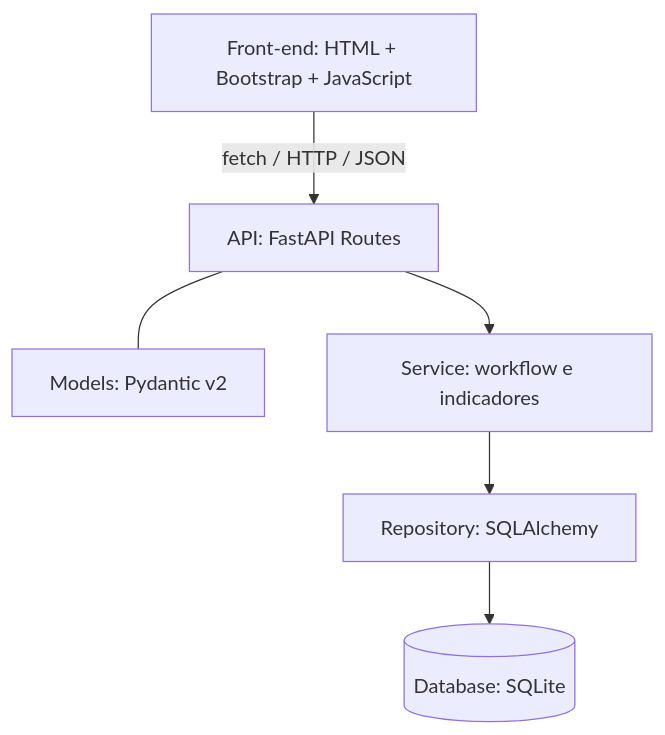
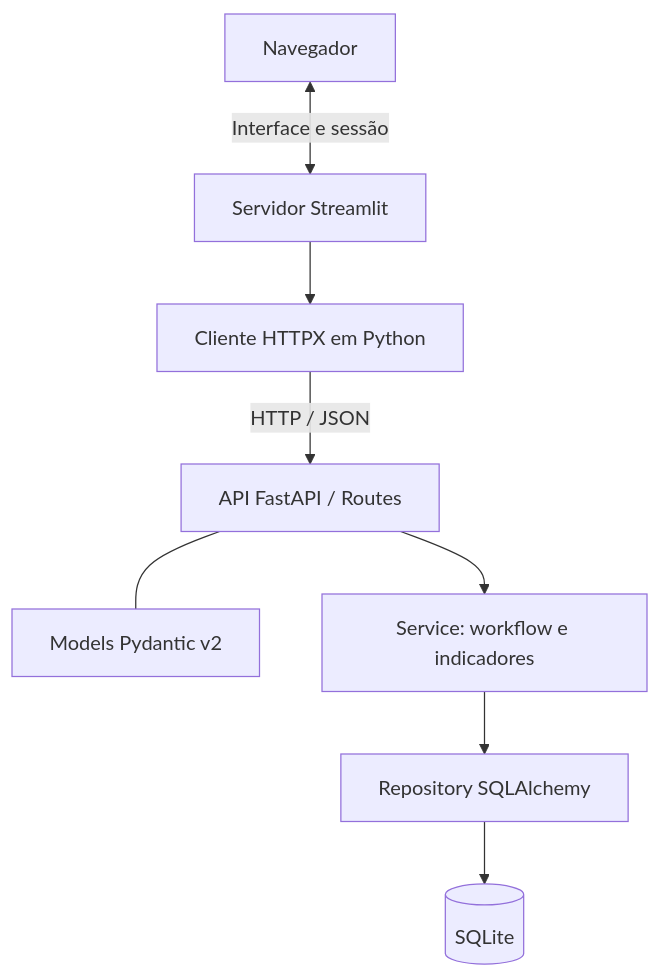
One commit to Hayltons/UFG_Curso4_Lab02_workflow_projetos changed the diagram in README.md. Above: the diagram before and after it, drawn with Mermaid. The commit also changed other lines of this file, not shown here.

Commit message:
docs: document Streamlit MVP strategy

````diff
--- a/README.md
+++ b/README.md
@@ -27,8 +25,10 @@
 ```mermaid
 flowchart TD
-    F[Front-end: HTML + Bootstrap + JavaScript] -->|fetch / HTTP / JSON| A[API: FastAPI Routes]
-    A --- M[Models: Pydantic v2]
+    B[Navegador] <-->|Interface e sessão| F[Servidor Streamlit]
+    F --> C[Cliente HTTPX em Python]
+    C -->|HTTP / JSON| A[API FastAPI / Routes]
+    A --- M[Models Pydantic v2]
     A --> S[Service: workflow e indicadores]
-    S --> R[Repository: SQLAlchemy]
-    R --> D[(Database: SQLite)]
+    S --> R[Repository SQLAlchemy]
+    R --> D[(SQLite)]
 ```
````
